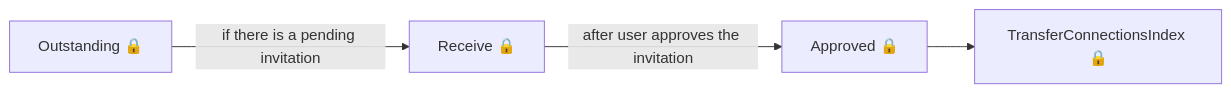
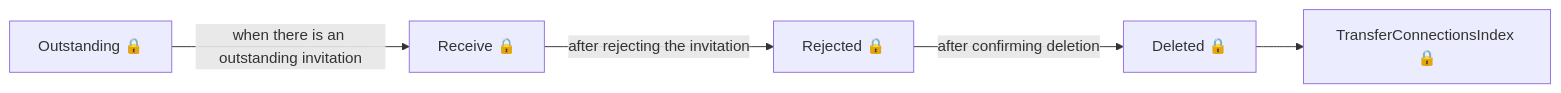
One commit to talentconsulting/atlas-dfe changed the fourth of 7 diagrams in das-employer-finance/user-journeys/user-journeys.md. Above: the diagram before and after it, drawn with Mermaid. The commit also changed other lines of this file and 36 other files, not shown here.

````diff
--- a/das-employer-finance/user-journeys/user-journeys.md
+++ b/das-employer-finance/user-journeys/user-journeys.md
@@ -45,6 +45,7 @@
 ```mermaid
 flowchart LR
-  p0["Outstanding 🔒"] -->|"if there is a pending invitation"| p1["Receive 🔒"]
-  p1["Receive 🔒"] -->|"after user approves the invitation"| p2["Approved 🔒"]
-  p2["Approved 🔒"] --> p3["TransferConnectionsIndex 🔒"]
+  p0["Outstanding 🔒"] -->|"when there is an outstanding invitation"| p1["Receive 🔒"]
+  p1["Receive 🔒"] -->|"after rejecting the invitation"| p2["Rejected 🔒"]
+  p2["Rejected 🔒"] -->|"after confirming deletion"| p3["Deleted 🔒"]
+  p3["Deleted 🔒"] --> p4["TransferConnectionsIndex 🔒"]
 ```
````
